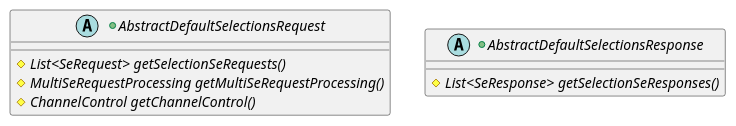
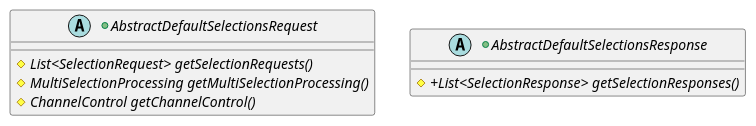
One commit to calypsonet/keyple changed diagram 21 of 21 in src/KeypleCoreApi/puml/KeypleCore_Reader_ClassDiag_ClassElements.iuml. Above: the diagram before and after it, drawn with PlantUML. The commit also changed other lines of this file and 10 other files, not shown here.

```diff
--- a/src/KeypleCoreApi/puml/KeypleCore_Reader_ClassDiag_ClassElements.iuml
+++ b/src/KeypleCoreApi/puml/KeypleCore_Reader_ClassDiag_ClassElements.iuml
@@ -314,11 +269,11 @@
-@startuml(id=SEPROXY_DEFAULTSELECTION_1_0_0)
+@startuml(id=DEFAULT_DEFAULTSELECTION_1_0_0)
 +abstract AbstractDefaultSelectionsRequest {
-  #{abstract} List<SeRequest> getSelectionSeRequests()
-  #{abstract} MultiSeRequestProcessing getMultiSeRequestProcessing()
+  #{abstract} List<SelectionRequest> getSelectionRequests()
+  #{abstract} MultiSelectionProcessing getMultiSelectionProcessing()
   #{abstract} ChannelControl getChannelControl()
 }
 
 +abstract AbstractDefaultSelectionsResponse {
-  #{abstract} List<SeResponse> getSelectionSeResponses()
+  #{abstract} +List<SelectionResponse> getSelectionResponses()
 }
 @enduml
```
